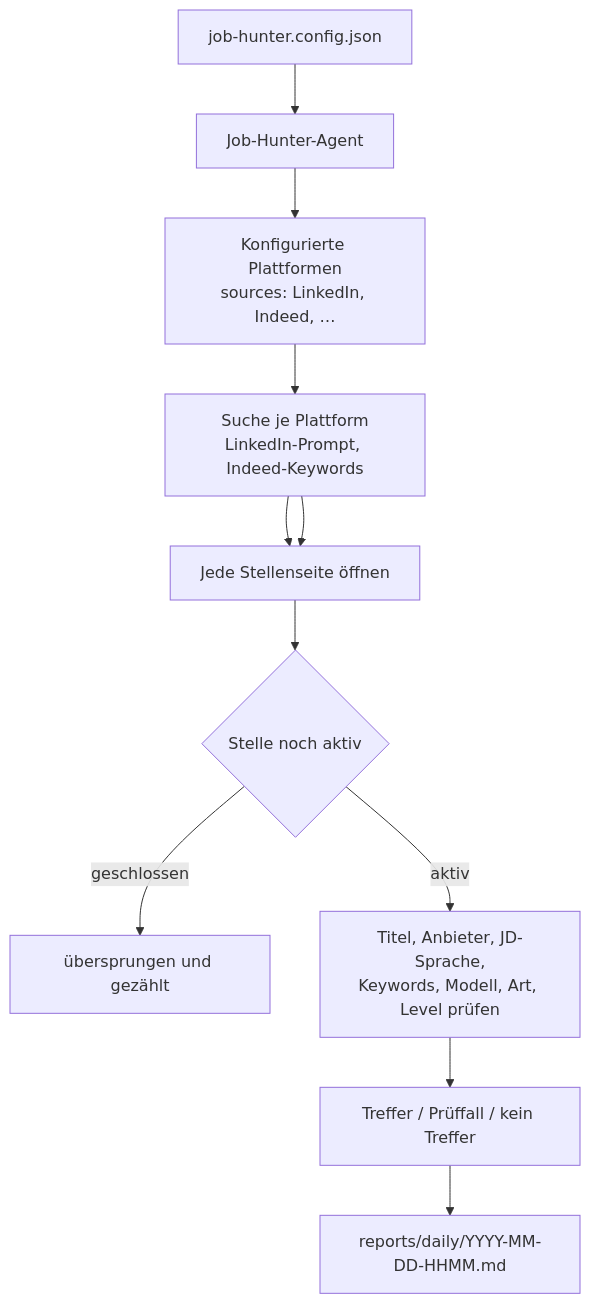
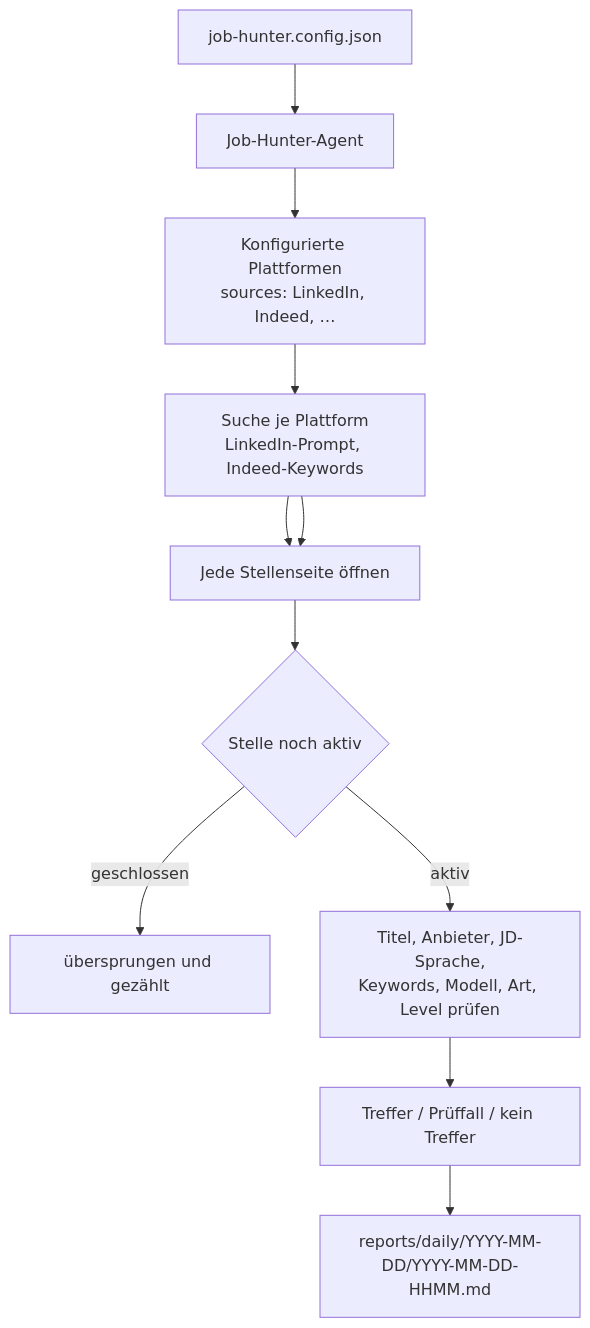
The diagram in README.de.md (aoda-zhang/Job-hunter), drawn with Mermaid before and after one commit. The commit also changed other lines of this file and 14 other files, not shown here.

````diff
--- a/README.de.md
+++ b/README.de.md
@@ -22,13 +22,13 @@
 ```mermaid
 flowchart TD
     A[job-hunter.config.json] --> B[Job-Hunter-Agent]
     B --> C[Konfigurierte Plattformen<br/>sources: LinkedIn, Indeed, …]
     C --> D[Suche je Plattform<br/>LinkedIn-Prompt, Indeed-Keywords]
     D --> E[Filter je Plattform<br/>Datum, Art, Modell, Level]
     D --> E[Jede Stellenseite öffnen]
     E --> F{Stelle noch aktiv}
     F -->|geschlossen| X[übersprungen und gezählt]
     F -->|aktiv| G[Titel, Anbieter, JD-Sprache,<br/>Keywords, Modell, Art, Level prüfen]
     G --> H[Treffer / Prüffall / kein Treffer]
-    H --> I[reports/daily/YYYY-MM-DD-HHMM.md]
+    H --> I[reports/daily/YYYY-MM-DD/YYYY-MM-DD-HHMM.md]
 ```
````
